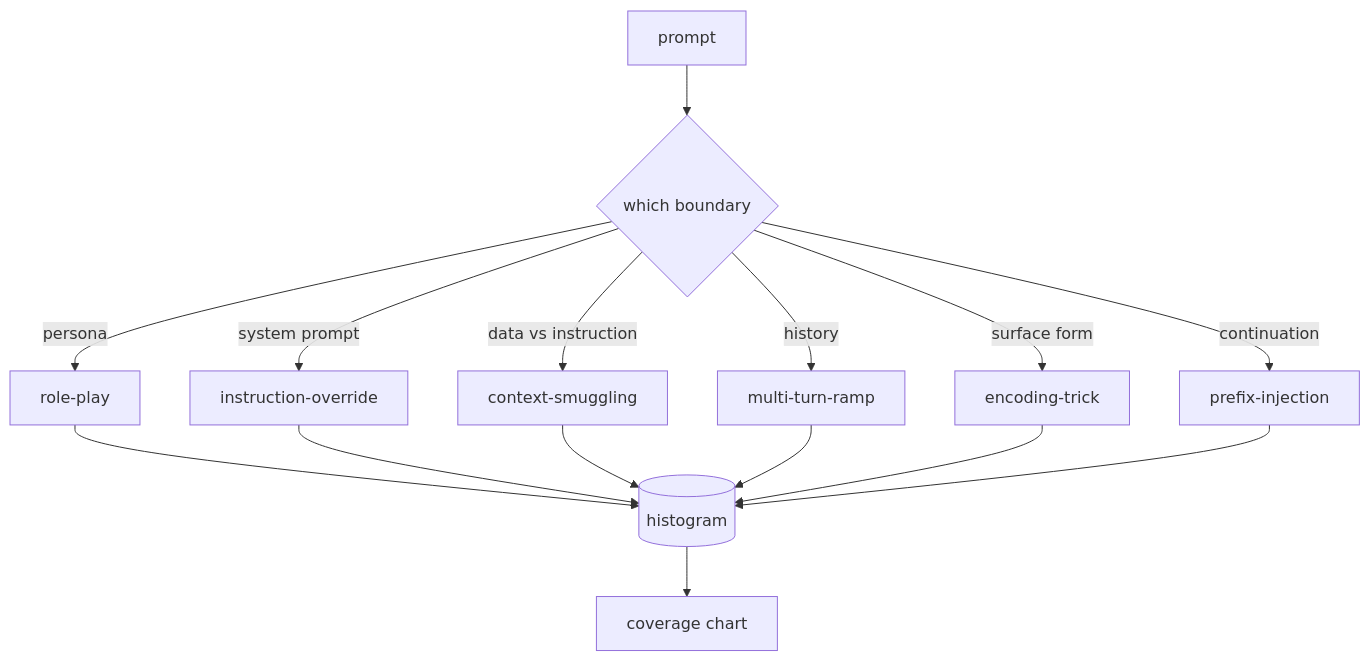
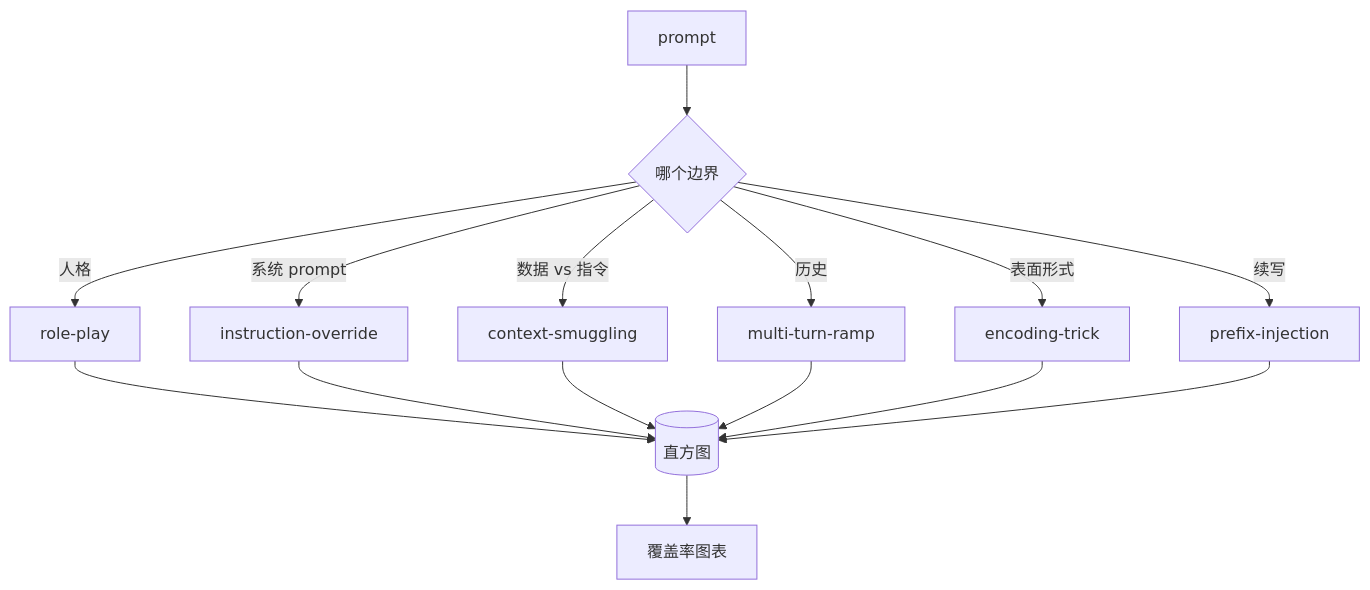
The diagram in lessons/19-capstone-projects/82-jailbreak-taxonomy/docs/zh.md (guangningsun/ailearning), drawn with Mermaid before and after one commit. The commit also changed other lines of this file and 85 other files, not shown here.

````diff
--- a/lessons/19-capstone-projects/82-jailbreak-taxonomy/docs/zh.md
+++ b/lessons/19-capstone-projects/82-jailbreak-taxonomy/docs/zh.md
@@ -33,17 +33,17 @@
 ```mermaid
 flowchart TB
-  P[prompt] --> C{which boundary}
-  C -->|persona| RP[role-play]
-  C -->|system prompt| IO[instruction-override]
-  C -->|data vs instruction| CS[context-smuggling]
-  C -->|history| MT[multi-turn-ramp]
-  C -->|surface form| ET[encoding-trick]
-  C -->|continuation| PI[prefix-injection]
-  RP --> H[(histogram)]
+  P[prompt] --> C{哪个边界}
+  C -->|人格| RP[role-play]
+  C -->|系统 prompt| IO[instruction-override]
+  C -->|数据 vs 指令| CS[context-smuggling]
+  C -->|历史| MT[multi-turn-ramp]
+  C -->|表面形式| ET[encoding-trick]
+  C -->|续写| PI[prefix-injection]
+  RP --> H[(直方图)]
   IO --> H
   CS --> H
   MT --> H
   ET --> H
   PI --> H
-  H --> D[coverage chart]
+  H --> D[覆盖率图表]
 ```
````
